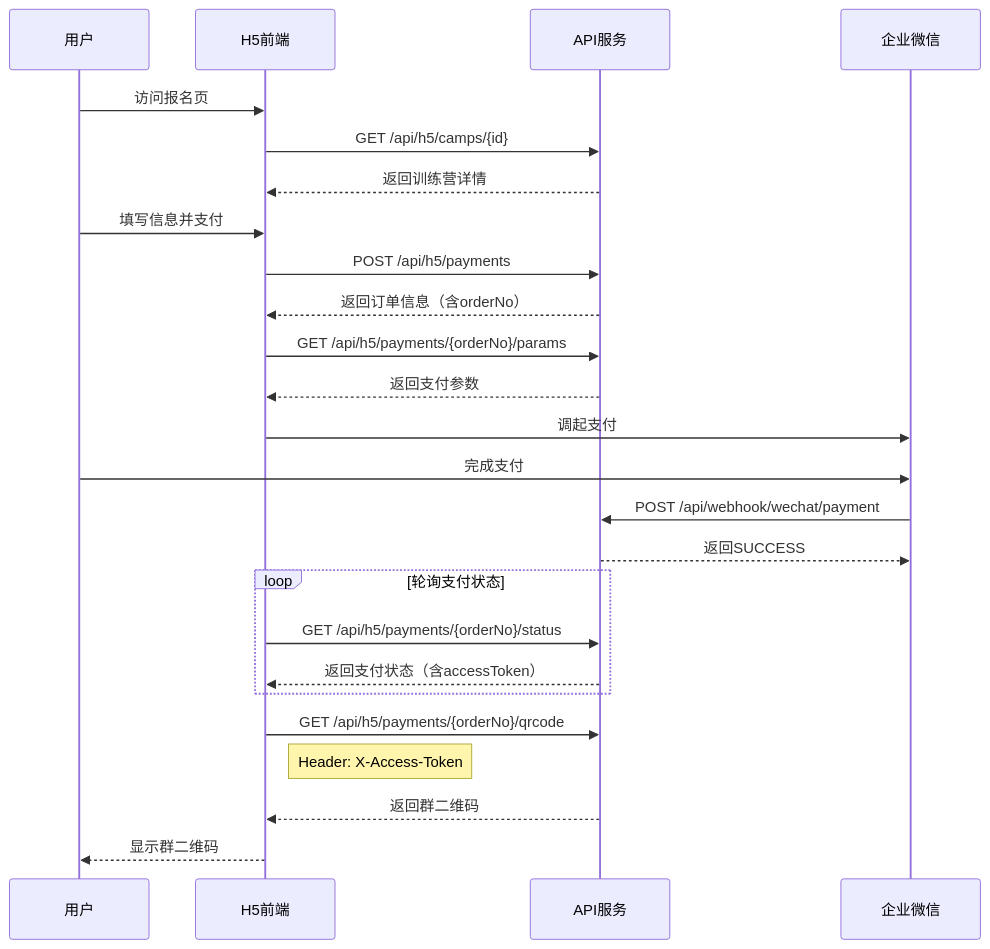
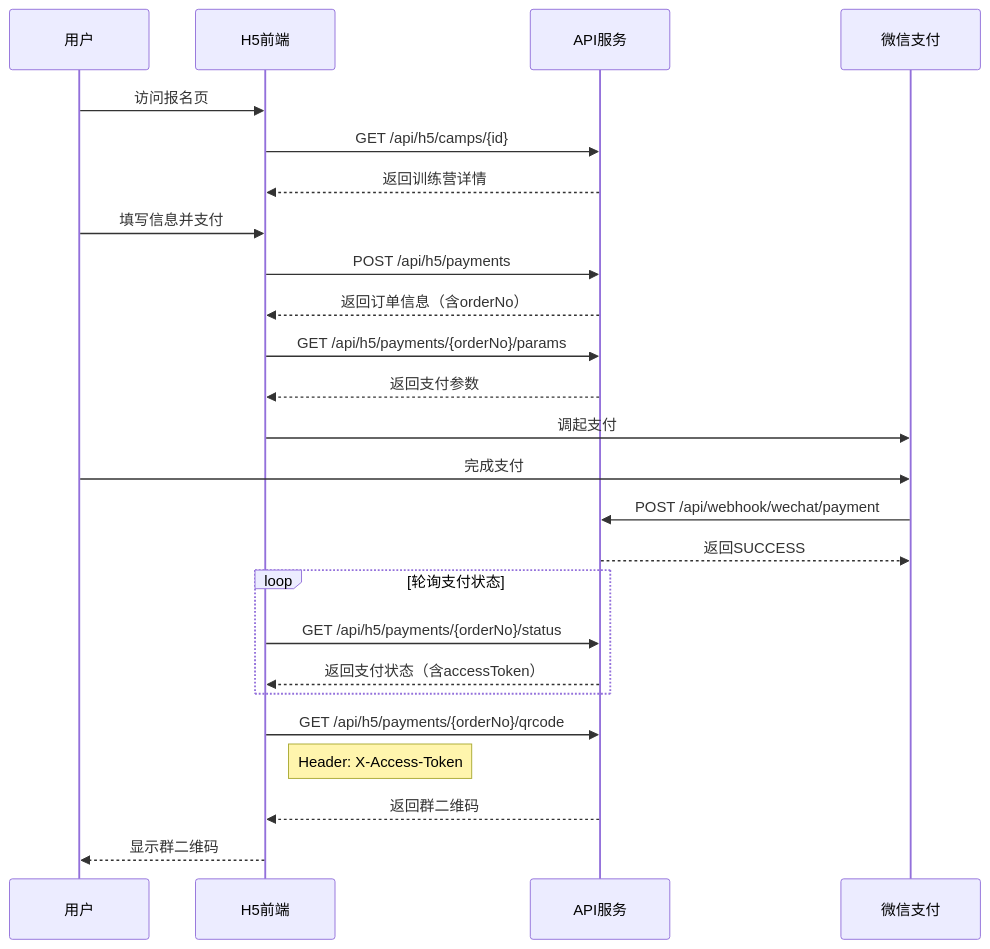
The first of 3 diagrams in docs/v1/接口文档.md (yiancode/AutoDepositRefundAgent), drawn with Mermaid before and after one commit. The commit also changed other lines of this file and 11 other files, not shown here.

````diff
--- a/docs/v1/接口文档.md
+++ b/docs/v1/接口文档.md
@@ -3338,33 +3338,33 @@
 ```mermaid
 sequenceDiagram
     participant U as 用户
     participant H5 as H5前端
     participant API as API服务
-    participant WX as 企业微信
+    participant WX as 微信支付
 
     U->>H5: 访问报名页
     H5->>API: GET /api/h5/camps/{id}
     API-->>H5: 返回训练营详情
 
     U->>H5: 填写信息并支付
     H5->>API: POST /api/h5/payments
     API-->>H5: 返回订单信息（含orderNo）
 
     H5->>API: GET /api/h5/payments/{orderNo}/params
     API-->>H5: 返回支付参数
 
     H5->>WX: 调起支付
     U->>WX: 完成支付
     WX->>API: POST /api/webhook/wechat/payment
     API-->>WX: 返回SUCCESS
 
     loop 轮询支付状态
         H5->>API: GET /api/h5/payments/{orderNo}/status
         API-->>H5: 返回支付状态（含accessToken）
     end
 
     H5->>API: GET /api/h5/payments/{orderNo}/qrcode
     Note right of H5: Header: X-Access-Token
     API-->>H5: 返回群二维码
     H5-->>U: 显示群二维码
 ```
````
